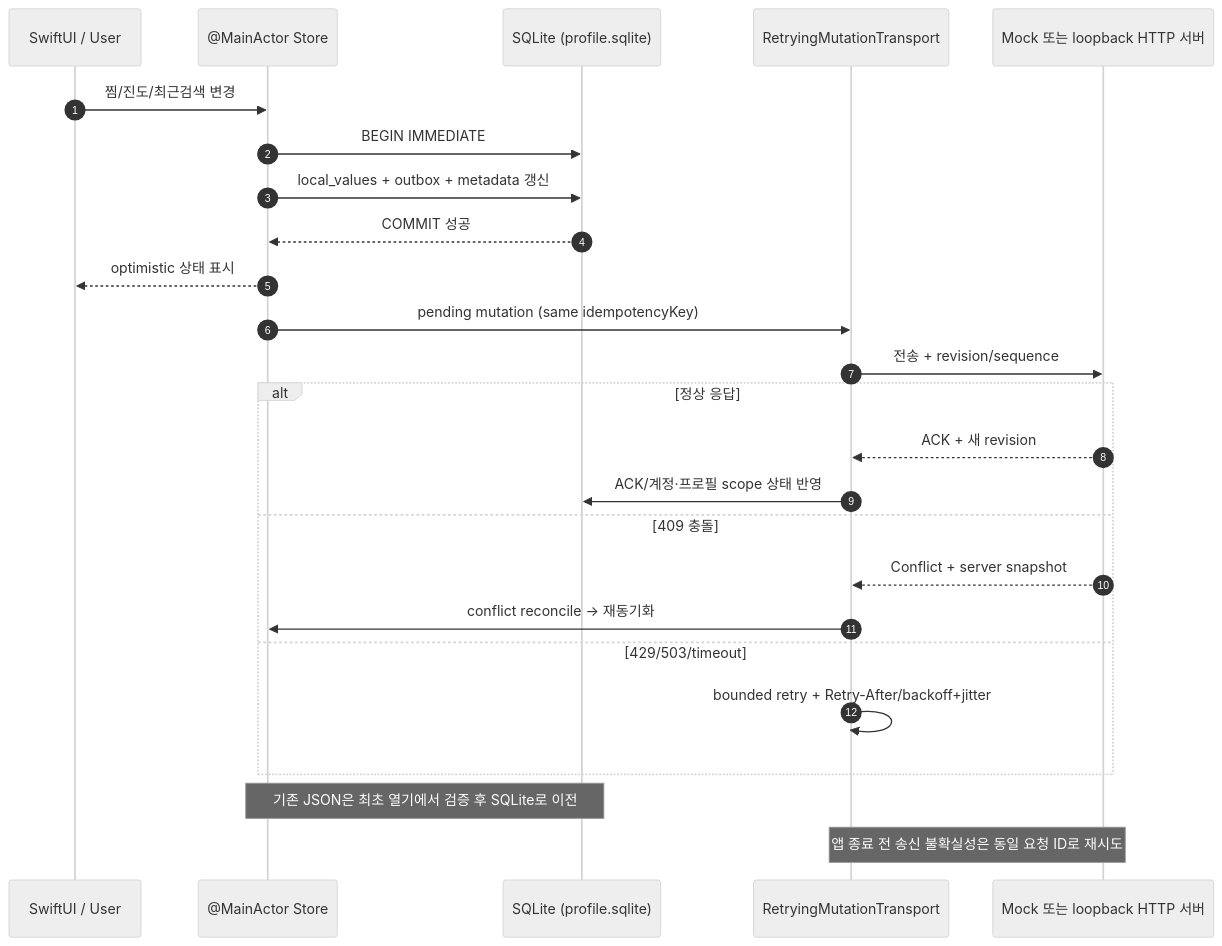
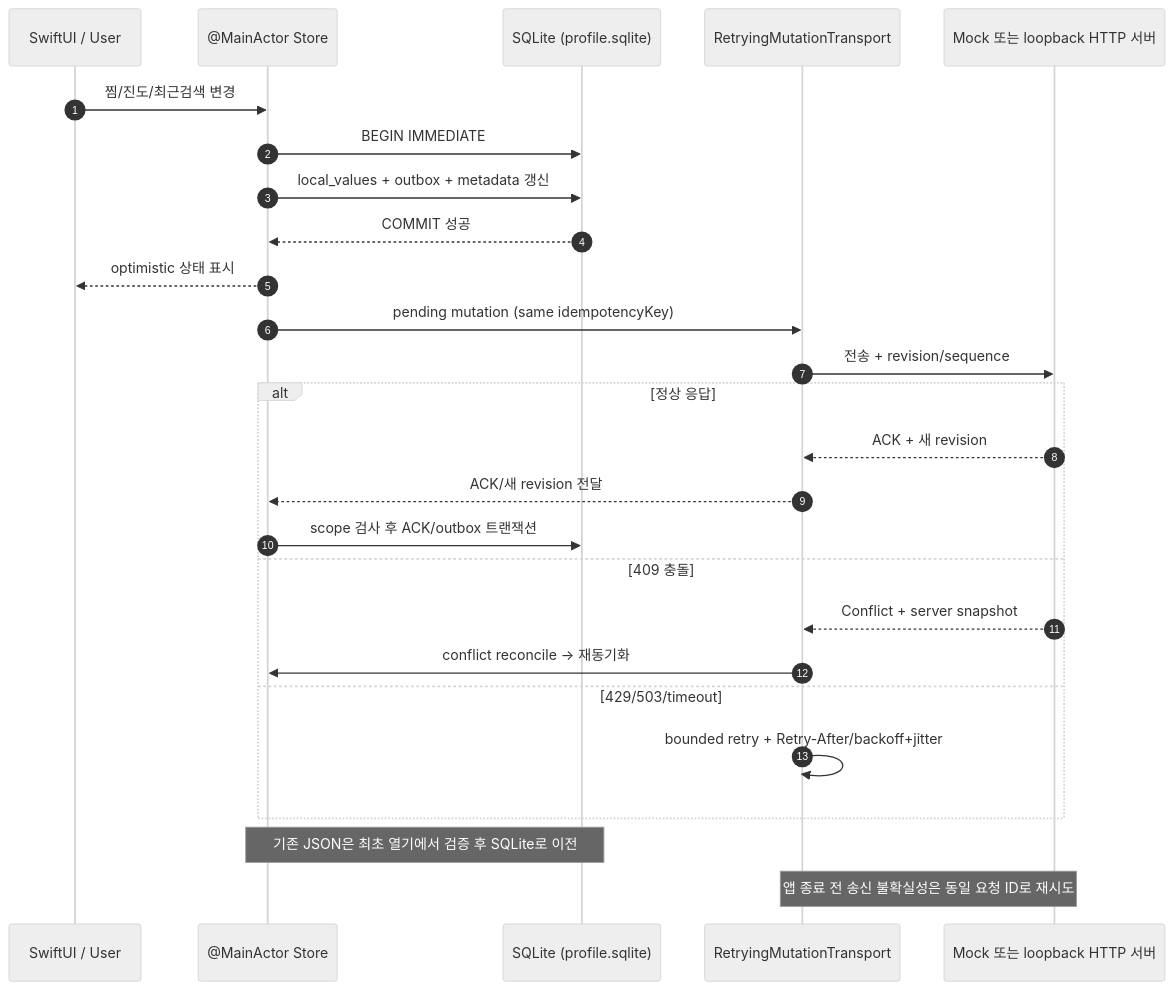
The fourth of 7 diagrams in Docs/Architecture/ARCHITECTURE_DIAGRAMS_2026-11-06.md (KyungHoon416/streamlab-ios), drawn with Mermaid (neutral theme) before and after one commit. The commit also changed other lines of this file, not shown here.

Commit message:
docs: reconcile architecture diagrams with runtime owners and exact states

```diff
--- a/Docs/Architecture/ARCHITECTURE_DIAGRAMS_2026-11-06.md
+++ b/Docs/Architecture/ARCHITECTURE_DIAGRAMS_2026-11-06.md
@@ -79,27 +109,28 @@
 ~~~mermaid
 sequenceDiagram
   autonumber
   participant U as SwiftUI / User
   participant S as @MainActor Store
   participant L as SQLite (profile.sqlite)
   participant Q as RetryingMutationTransport
   participant M as Mock 또는 loopback HTTP 서버
   U->>S: 찜/진도/최근검색 변경
   S->>L: BEGIN IMMEDIATE
   S->>L: local_values + outbox + metadata 갱신
   L-->>S: COMMIT 성공
   S-->>U: optimistic 상태 표시
   S->>Q: pending mutation (same idempotencyKey)
   Q->>M: 전송 + revision/sequence
   alt 정상 응답
     M-->>Q: ACK + 새 revision
-    Q->>L: ACK/계정·프로필 scope 상태 반영
+    Q-->>S: ACK/새 revision 전달
+    S->>L: scope 검사 후 ACK/outbox 트랜잭션
   else 409 충돌
     M-->>Q: Conflict + server snapshot
     Q->>S: conflict reconcile → 재동기화
   else 429/503/timeout
     Q->>Q: bounded retry + Retry-After/backoff+jitter
   end
   Note over S,L: 기존 JSON은 최초 열기에서 검증 후 SQLite로 이전
   Note over Q,M: 앱 종료 전 송신 불확실성은 동일 요청 ID로 재시도
 ~~~
```
